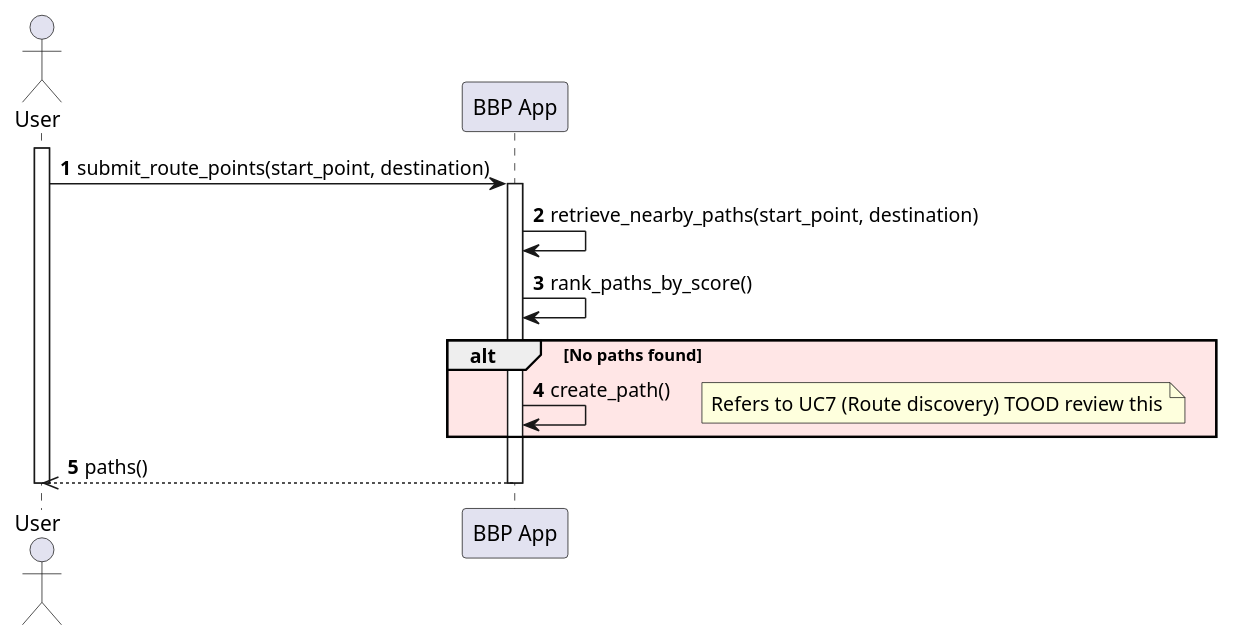
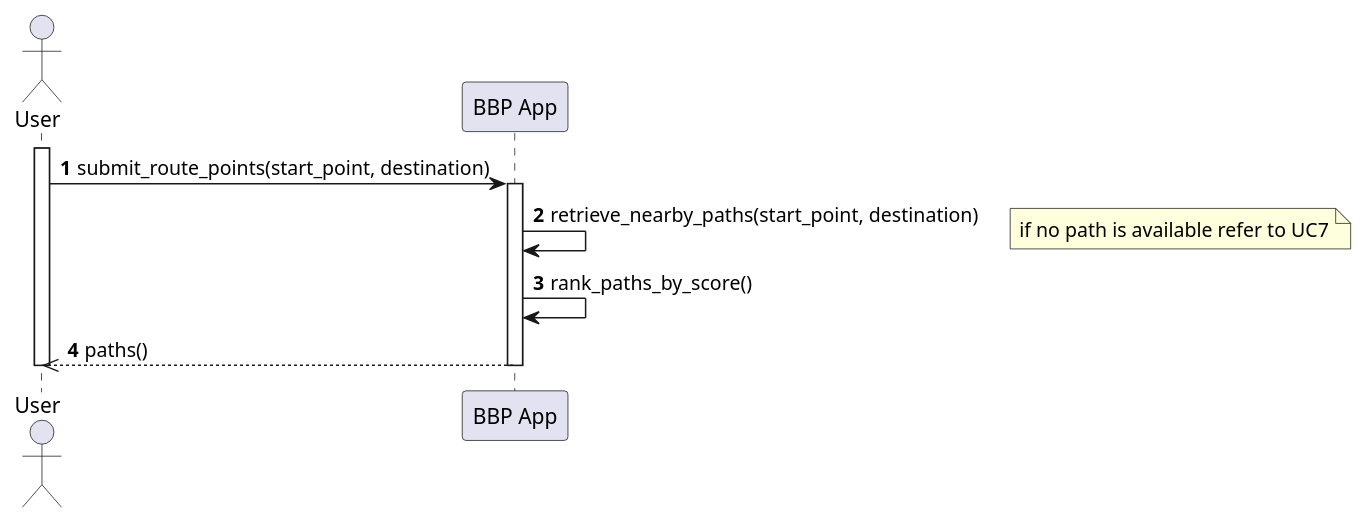
One commit to Guflie/PoliMi-SWE2-RDD-project changed the diagram in diagrams/RASD/sequence diagram/UC6_sequence_diagram.puml. Above: the diagram before and after it, drawn with PlantUML. The commit also changed 16 other files, not shown here.

Commit message:
[RASD] Updated and fixed Sequence Diagrams

```diff
--- a/diagrams/RASD/sequence diagram/UC6_sequence_diagram.puml
+++ b/diagrams/RASD/sequence diagram/UC6_sequence_diagram.puml
@@ -1,25 +1,21 @@
 @startuml uc6_sequence_diagram
 actor User
 participant "BBP App" as App
 
 autonumber
 
 activate User
 
 User -> App : submit_route_points(start_point, destination)
 activate App
 
 App -> App : retrieve_nearby_paths(start_point, destination)
+note right: if no path is available refer to UC7 
 App -> App : rank_paths_by_score()
-
-alt #ffe6e6 No paths found
-    App -> App : create_path()
-    note right: Refers to UC7 (Route discovery) TOOD review this
-end
 
 App -->> User : paths()
 deactivate App
 
 deactivate App
 deactivate User
 @enduml
```
